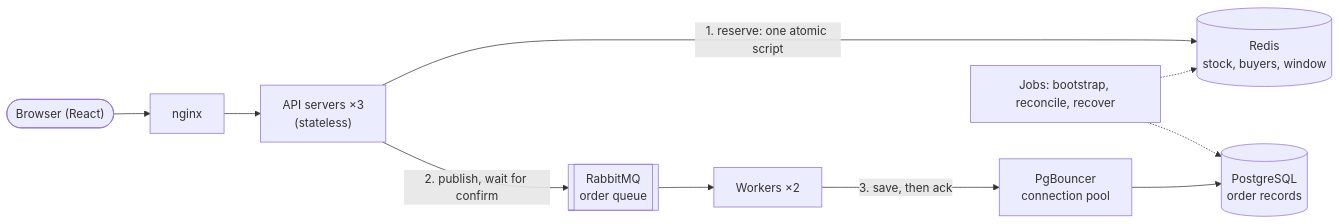
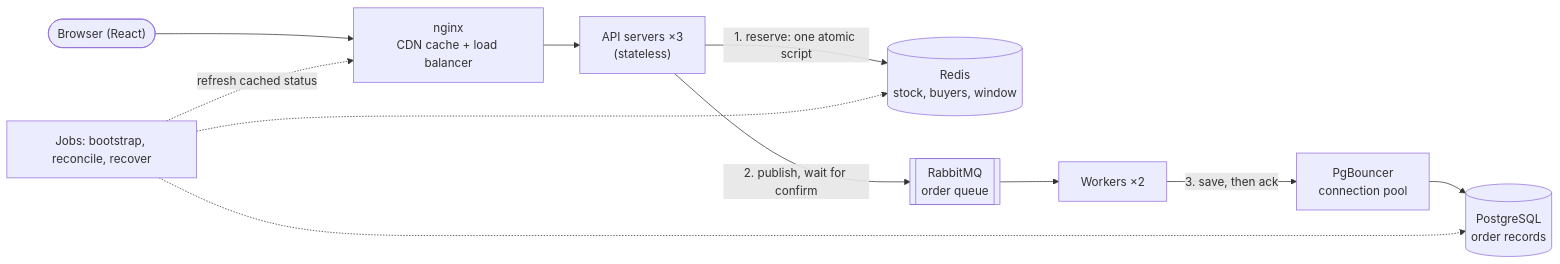
One commit to DwiHandoyo/flash-sale changed the diagram in README.md. Above: the diagram before and after it, drawn with Mermaid. The commit also changed 1 other file, not shown here.

Commit message:
Show nginx's CDN role and the cache refresh in the diagrams
The README and docs/02 diagrams now label nginx as the CDN cache and load
balancer, and show the jobs refreshing the cached sale status after reset
and recover.

````diff
--- a/README.md
+++ b/README.md
@@ -32,12 +32,13 @@
 ```mermaid
 flowchart LR
-    browser(["Browser (React)"]) --> nginx["nginx"]
+    browser(["Browser (React)"]) --> nginx["nginx<br/>CDN cache + load balancer"]
     nginx --> apis["API servers ×3<br/>(stateless)"]
     apis -->|"1. reserve: one atomic script"| redis[("Redis<br/>stock, buyers, window")]
     apis -->|"2. publish, wait for confirm"| rabbit[["RabbitMQ<br/>order queue"]]
     rabbit --> workers["Workers ×2"]
     workers -->|"3. save, then ack"| pgbouncer["PgBouncer<br/>connection pool"]
     pgbouncer --> postgres[("PostgreSQL<br/>order records")]
     jobs["Jobs: bootstrap, reconcile, recover"] -.-> redis
     jobs -.-> postgres
+    jobs -.->|"refresh cached status"| nginx
 ```
````
